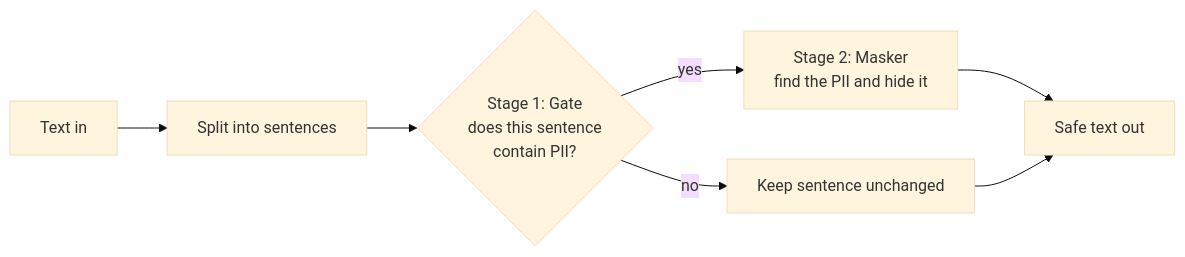
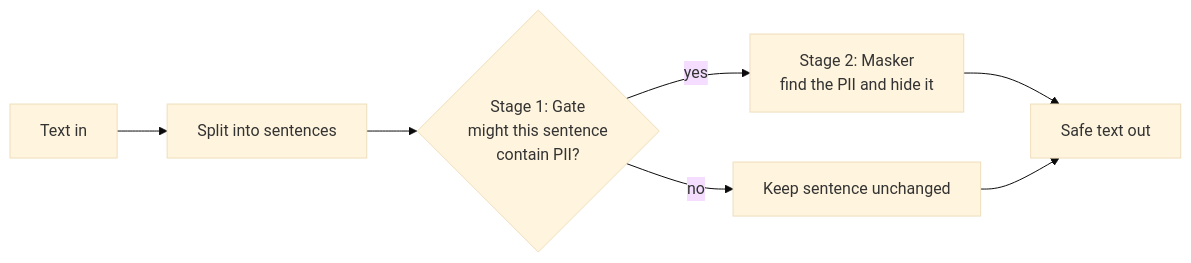
One commit to atique-ahmad-01/pii-guardrail-qml changed the first of 2 diagrams in README.md. Above: the diagram before and after it, drawn with Mermaid (base theme). The commit also changed other lines of this file and 15 other files, not shown here.

````diff
--- a/README.md
+++ b/README.md
@@ -26,9 +33,9 @@
 ```mermaid
 flowchart LR
     A[Text in] --> B[Split into sentences]
-    B --> C{"Stage 1: Gate<br/>does this sentence<br/>contain PII?"}
+    B --> C{"Stage 1: Gate<br/>might this sentence<br/>contain PII?"}
     C -- no --> E[Keep sentence unchanged]
     C -- yes --> D["Stage 2: Masker<br/>find the PII and hide it"]
     D --> F[Safe text out]
     E --> F
 ```
````
